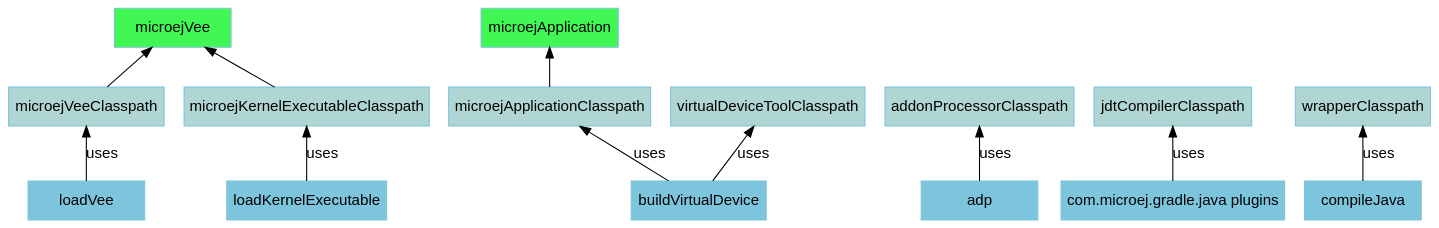
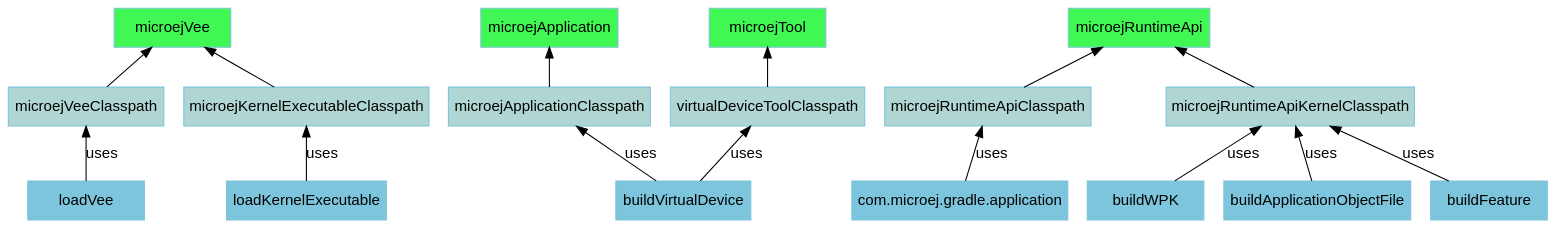
One commit to MicroEJ/docs changed the diagram in SDK6UserGuide/appendix/graphConfigurations.dot. Above: the diagram before and after it, drawn with Graphviz. The commit also changed 241 other files, not shown here.

```diff
--- a/SDK6UserGuide/appendix/graphConfigurations.dot
+++ b/SDK6UserGuide/appendix/graphConfigurations.dot
@@ -1,33 +1,38 @@
 digraph mygraph {
     rankdir="BT";
     bgcolor="transparent"
     fontname="Helvetica,Arial,sans-serif"
     node [
         shape = box
         width = 1.5
         color = "#7dc5dc"
         style = filled
         fontname="Helvetica,Arial,sans-serif"
     ]
     edge [fontname="Helvetica,Arial,sans-serif"]
     "microejVee" [fillcolor = "#41f753"]
     "microejApplication" [fillcolor = "#41f753"]
+    "microejTool" [fillcolor = "#41f753"]
+    "microejRuntimeApi" [fillcolor = "#41f753"]
     "microejApplicationClasspath" [fillcolor = "#b0d6d3"]
     "microejVeeClasspath" [fillcolor = "#b0d6d3"]
     "microejKernelExecutableClasspath" [fillcolor = "#b0d6d3"]
     "virtualDeviceToolClasspath" [fillcolor = "#b0d6d3"]
-    "addonProcessorClasspath" [fillcolor = "#b0d6d3"]
-    "jdtCompilerClasspath" [fillcolor = "#b0d6d3"]
-    "wrapperClasspath" [fillcolor = "#b0d6d3"]
+    "microejRuntimeApiClasspath" [fillcolor = "#b0d6d3"]
+    "microejRuntimeApiKernelClasspath" [fillcolor = "#b0d6d3"]
 
     "loadVee" -> "microejVeeClasspath" [ label="uses" ]
     "microejVeeClasspath" -> "microejVee"
     "loadKernelExecutable" -> "microejKernelExecutableClasspath" [ label="uses" ]
     "microejKernelExecutableClasspath" -> "microejVee"
     "buildVirtualDevice" -> "microejApplicationClasspath" [ label="uses" ]
     "buildVirtualDevice" -> "virtualDeviceToolClasspath" [ label="uses" ]
     "microejApplicationClasspath" -> "microejApplication"
-    "adp" -> "addonProcessorClasspath" [ label="uses" ]
-    "com.microej.gradle.java plugins" -> "jdtCompilerClasspath" [ label="uses" ]
-    "compileJava" -> "wrapperClasspath" [ label="uses" ]
+    "virtualDeviceToolClasspath" -> "microejTool"
+    "microejRuntimeApiClasspath" -> "microejRuntimeApi"
+    "microejRuntimeApiKernelClasspath" -> "microejRuntimeApi"
+    "com.microej.gradle.application" -> "microejRuntimeApiClasspath" [ label="uses" ]
+    "buildWPK" -> "microejRuntimeApiKernelClasspath" [ label="uses" ]
+    "buildApplicationObjectFile" -> "microejRuntimeApiKernelClasspath" [ label="uses" ]
+    "buildFeature" -> "microejRuntimeApiKernelClasspath" [ label="uses" ]
 }
```
